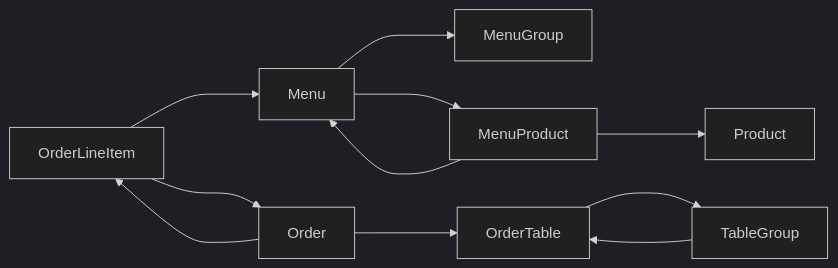
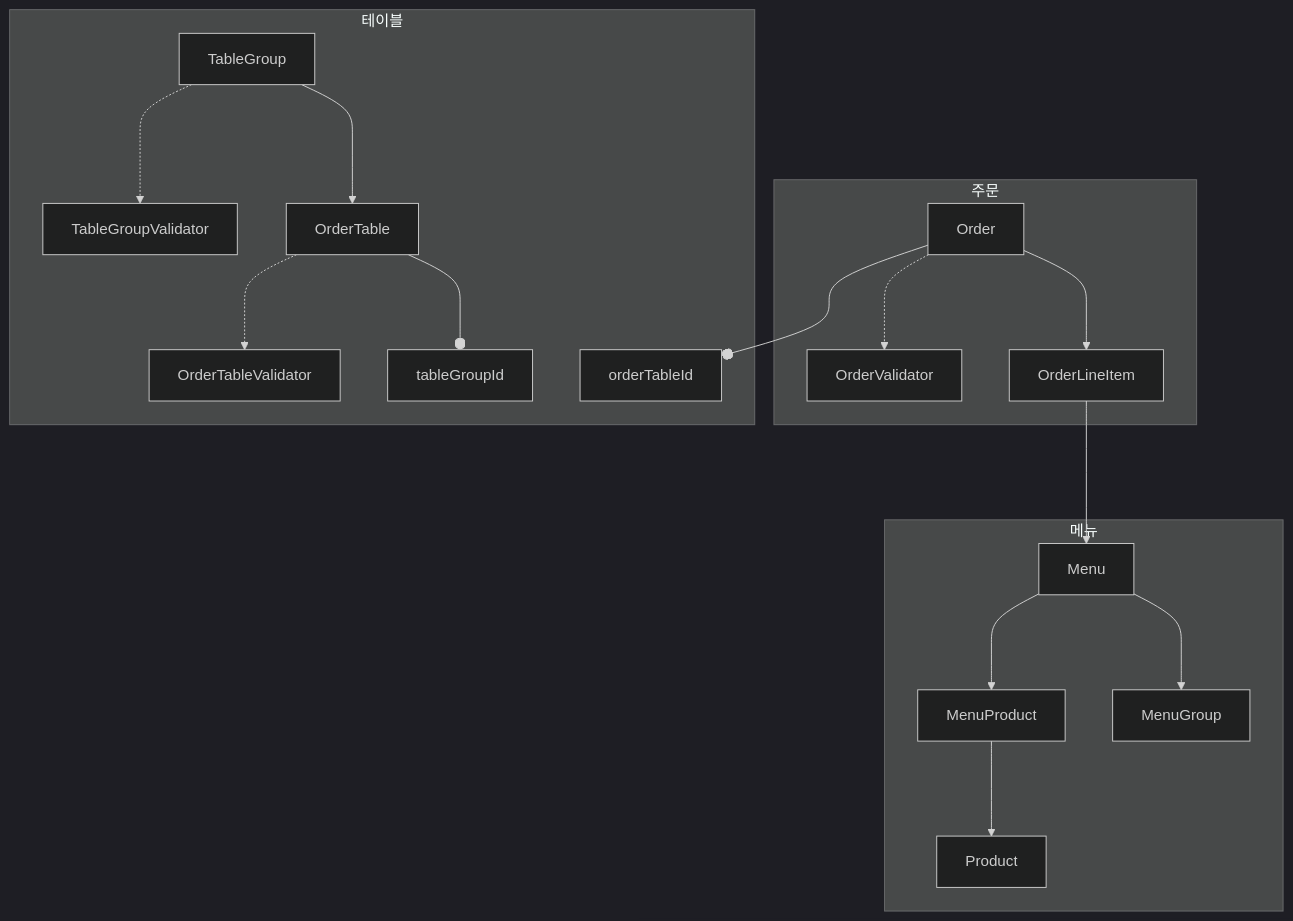
Before and after one commit to woowacourse/jwp-refactoring: the diagram in README.md, drawn with Mermaid (dark theme). The commit also changed other lines of this file, not shown here.

````diff
--- a/README.md
+++ b/README.md
@@ -5,21 +6,21 @@
-```mermaid
-flowchart LR
-    Menu
-    MenuGroup
-    MenuProduct
-    OrderLineItem
-    OrderTable
-    MenuProduct
-    TableGroup
-    
-    Menu ---> MenuGroup
-    Menu ---> MenuProduct
-    MenuProduct ---> Menu
-    MenuProduct ---> Product
-    OrderLineItem ---> Menu
-    OrderLineItem ---> Order
-    Order ---> OrderLineItem
-    Order ---> OrderTable
-    OrderTable ---> TableGroup
-    TableGroup ---> OrderTable
+```mermaid  
+flowchart TD
+    subgraph 메뉴
+        Menu ---> MenuGroup
+        Menu ---> MenuProduct
+        MenuProduct ---> Product
+    end
+    subgraph 주문
+        Order ---> OrderLineItem
+        OrderLineItem ---> Menu
+        Order -..-> OrderValidator
+    end
+
+    subgraph 테이블
+        Order ---o orderTableId
+        OrderTable ---o tableGroupId
+        TableGroup ---> OrderTable
+        TableGroup -..-> TableGroupValidator
+        OrderTable -..-> OrderTableValidator
+    end
 ```
````
